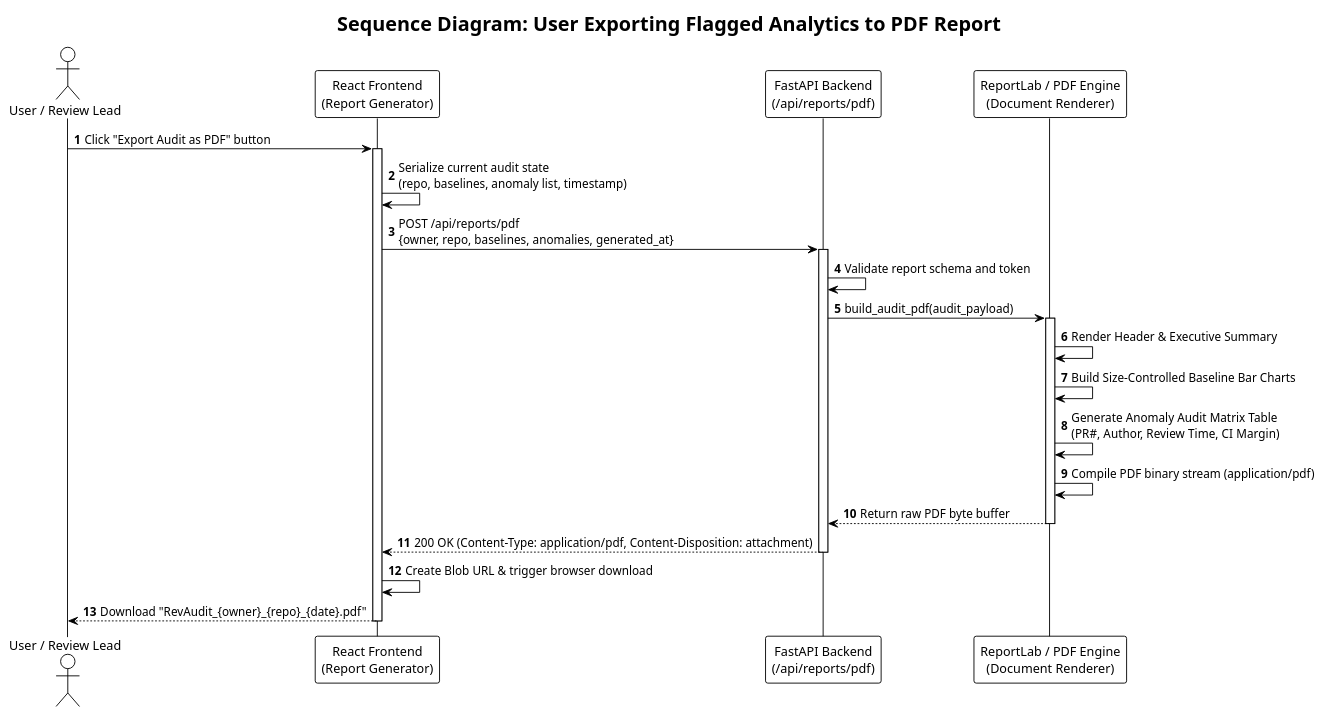
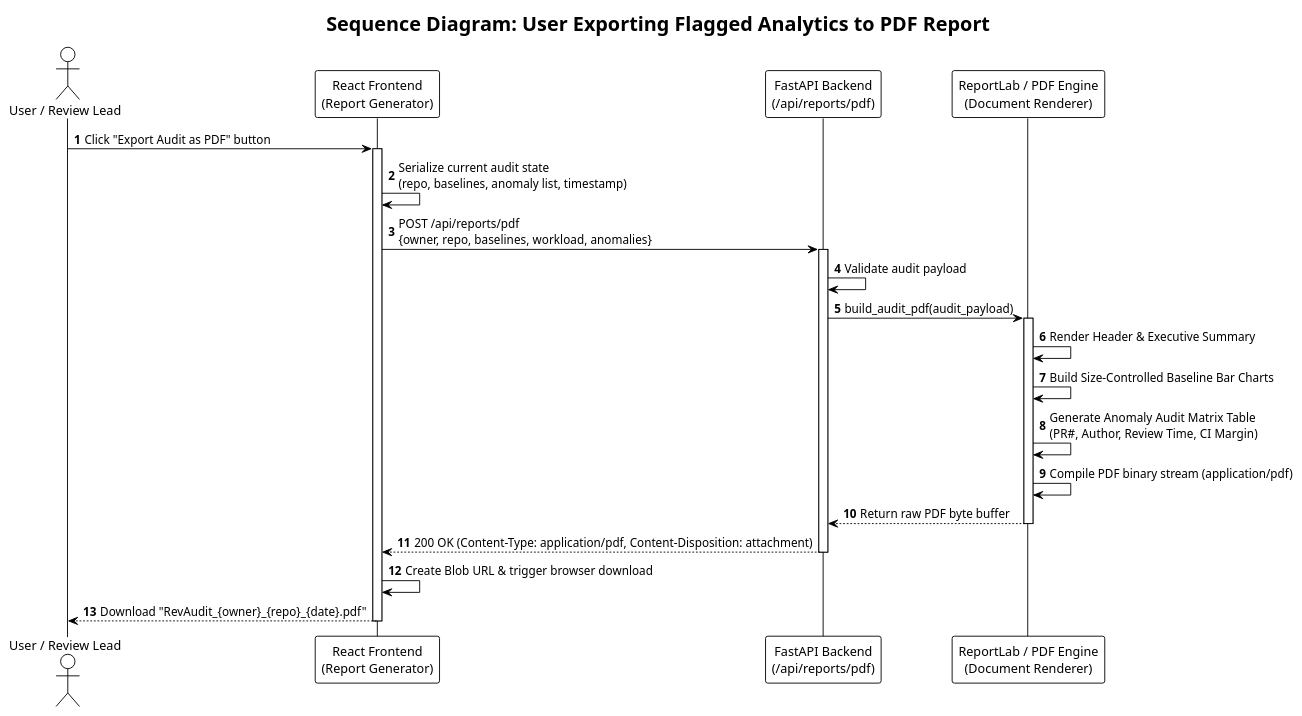
One commit to adityaraj868/revaudit changed the diagram in docs/diagrams/05_sequence_pdf_export.puml. Above: the diagram before and after it, drawn with PlantUML. The commit also changed 36 other files, not shown here.

Commit message:
Implement OAuth pagination PDF export and workload analytics

```diff
--- a/docs/diagrams/05_sequence_pdf_export.puml
+++ b/docs/diagrams/05_sequence_pdf_export.puml
@@ -1,42 +1,42 @@
 @startuml sequence_pdf_export
 !theme plain
 autonumber
 skinparam BoxPadding 10
 skinparam ParticipantPadding 15
 
 title Sequence Diagram: User Exporting Flagged Analytics to PDF Report
 
 actor "User / Review Lead" as User
 participant "React Frontend\n(Report Generator)" as Frontend
 participant "FastAPI Backend\n(/api/reports/pdf)" as Backend
 participant "ReportLab / PDF Engine\n(Document Renderer)" as PDFEngine
 
 User -> Frontend : Click "Export Audit as PDF" button
 activate Frontend
 
 Frontend -> Frontend : Serialize current audit state\n(repo, baselines, anomaly list, timestamp)
 
-Frontend -> Backend : POST /api/reports/pdf\n{owner, repo, baselines, anomalies, generated_at}
+Frontend -> Backend : POST /api/reports/pdf\n{owner, repo, baselines, workload, anomalies}
 activate Backend
 
-Backend -> Backend : Validate report schema and token
+Backend -> Backend : Validate audit payload
 
 Backend -> PDFEngine : build_audit_pdf(audit_payload)
 activate PDFEngine
 
 PDFEngine -> PDFEngine : Render Header & Executive Summary
 PDFEngine -> PDFEngine : Build Size-Controlled Baseline Bar Charts
 PDFEngine -> PDFEngine : Generate Anomaly Audit Matrix Table\n(PR#, Author, Review Time, CI Margin)
 PDFEngine -> PDFEngine : Compile PDF binary stream (application/pdf)
 
 PDFEngine --> Backend : Return raw PDF byte buffer
 deactivate PDFEngine
 
 Backend --> Frontend : 200 OK (Content-Type: application/pdf, Content-Disposition: attachment)
 deactivate Backend
 
 Frontend -> Frontend : Create Blob URL & trigger browser download
 Frontend --> User : Download "RevAudit_{owner}_{repo}_{date}.pdf"
 deactivate Frontend
 
 @enduml
```
